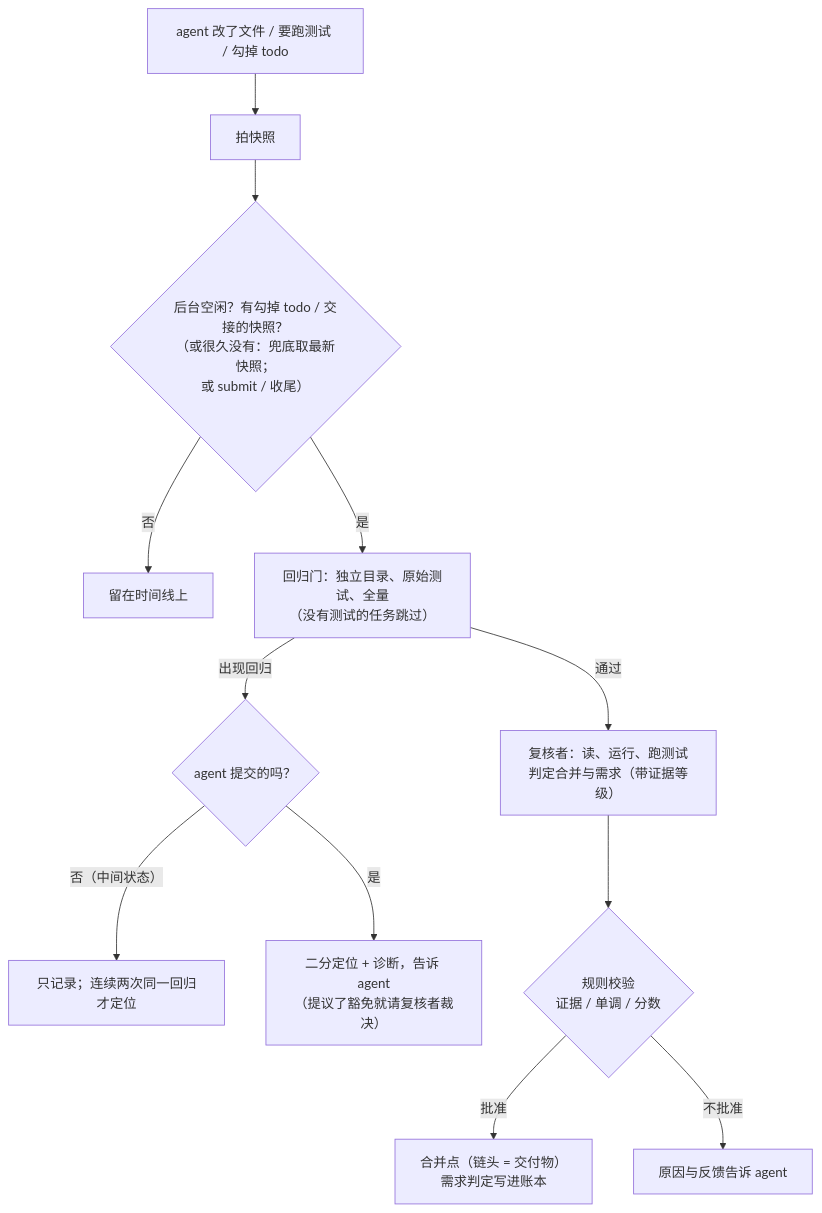
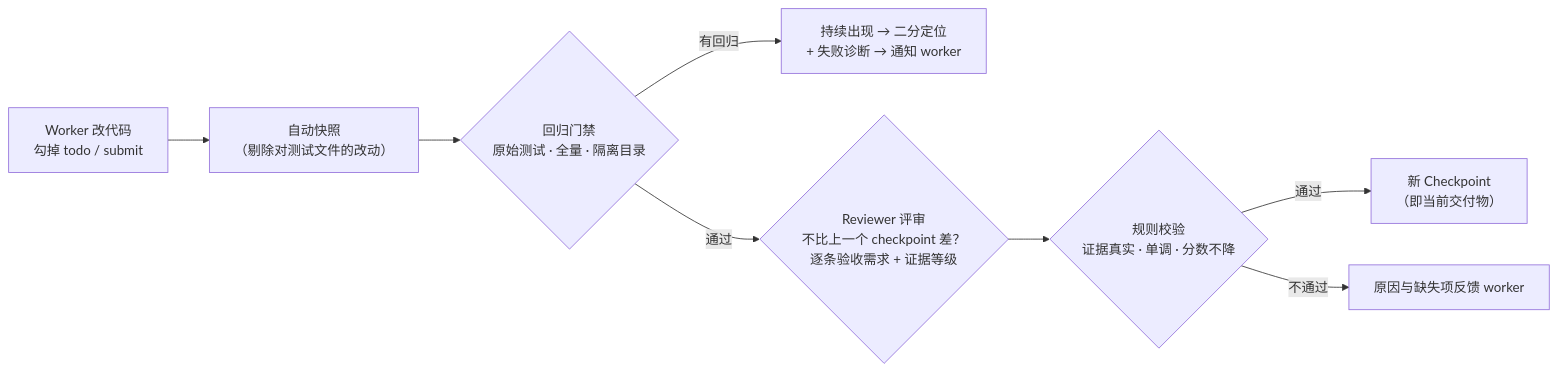
Before and after one commit to jyh21377063/belay: the second of 2 diagrams in README.md, drawn with Mermaid. The commit also changed other lines of this file and 3 other files, not shown here.

````diff
--- a/README.md
+++ b/README.md
@@ -99,14 +85,10 @@
 ```mermaid
-flowchart TD
-  A["agent 改了文件 / 要跑测试 / 勾掉 todo"] --> B["拍快照"]
-  B --> C{"后台空闲？有勾掉 todo / 交接的快照？<br/>（或很久没有：兜底取最新快照；<br/>或 submit / 收尾）"}
-  C -- "否" --> T["留在时间线上"]
-  C -- "是" --> D["回归门：独立目录、原始测试、全量<br/>（没有测试的任务跳过）"]
-  D -- "出现回归" --> I{"agent 提交的吗？"}
-  I -- "否（中间状态）" --> J["只记录；连续两次同一回归才定位"]
-  I -- "是" --> K["二分定位 + 诊断，告诉 agent<br/>（提议了豁免就请复核者裁决）"]
-  D -- "通过" --> V["复核者：读、运行、跑测试<br/>判定合并与需求（带证据等级）"]
-  V --> R{"规则校验<br/>证据 / 单调 / 分数"}
-  R -- "批准" --> M["合并点（链头 = 交付物）<br/>需求判定写进账本"]
-  R -- "不批准" --> N["原因与反馈告诉 agent"]
+flowchart LR
+  A["Worker 改代码<br/>勾掉 todo / submit"] --> B["自动快照<br/>（剔除对测试文件的改动）"]
+  B --> C{"回归门禁<br/>原始测试 · 全量 · 隔离目录"}
+  C -- "有回归" --> D["持续出现 → 二分定位<br/>+ 失败诊断 → 通知 worker"]
+  C -- "通过" --> E{"Reviewer 评审<br/>不比上一个 checkpoint 差？<br/>逐条验收需求 + 证据等级"}
+  E --> F{"规则校验<br/>证据真实 · 单调 · 分数不降"}
+  F -- "通过" --> G["新 Checkpoint<br/>（即当前交付物）"]
+  F -- "不通过" --> H["原因与缺失项反馈 worker"]
 ```
````
